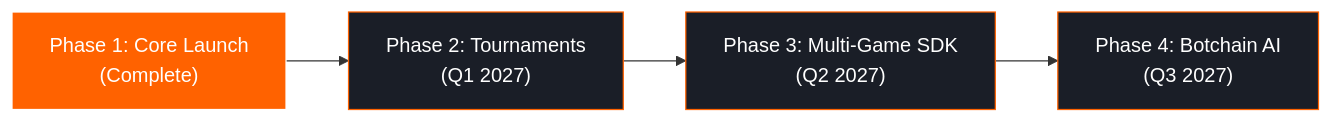
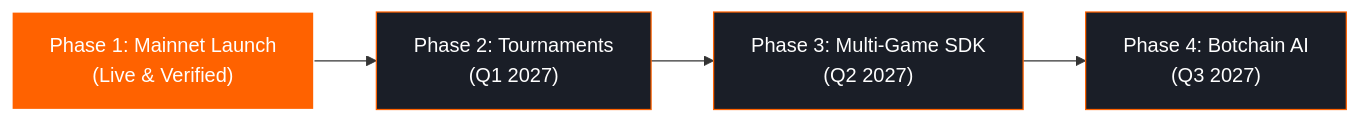
One commit to liljhnxn/ggboard changed the second of 2 diagrams in WHITEPAPER.md. Above: the diagram before and after it, drawn with Mermaid. The commit also changed other lines of this file and 16 other files, not shown here.

````diff
--- a/WHITEPAPER.md
+++ b/WHITEPAPER.md
@@ -148,11 +150,11 @@
 ```mermaid
 flowchart LR
-    A["Phase 1: Core Launch<br/>(Complete)"] --> B["Phase 2: Tournaments<br/>(Q1 2027)"]
+    A["Phase 1: Mainnet Launch<br/>(Live & Verified)"] --> B["Phase 2: Tournaments<br/>(Q1 2027)"]
     B --> C["Phase 3: Multi-Game SDK<br/>(Q2 2027)"]
     C --> D["Phase 4: Botchain AI<br/>(Q3 2027)"]
 
     style A fill:#ff6200,stroke:#fff,color:#fff
     style B fill:#1a1e27,stroke:#ff6200,color:#fff
     style C fill:#1a1e27,stroke:#ff6200,color:#fff
     style D fill:#1a1e27,stroke:#ff6200,color:#fff
 ```
````
